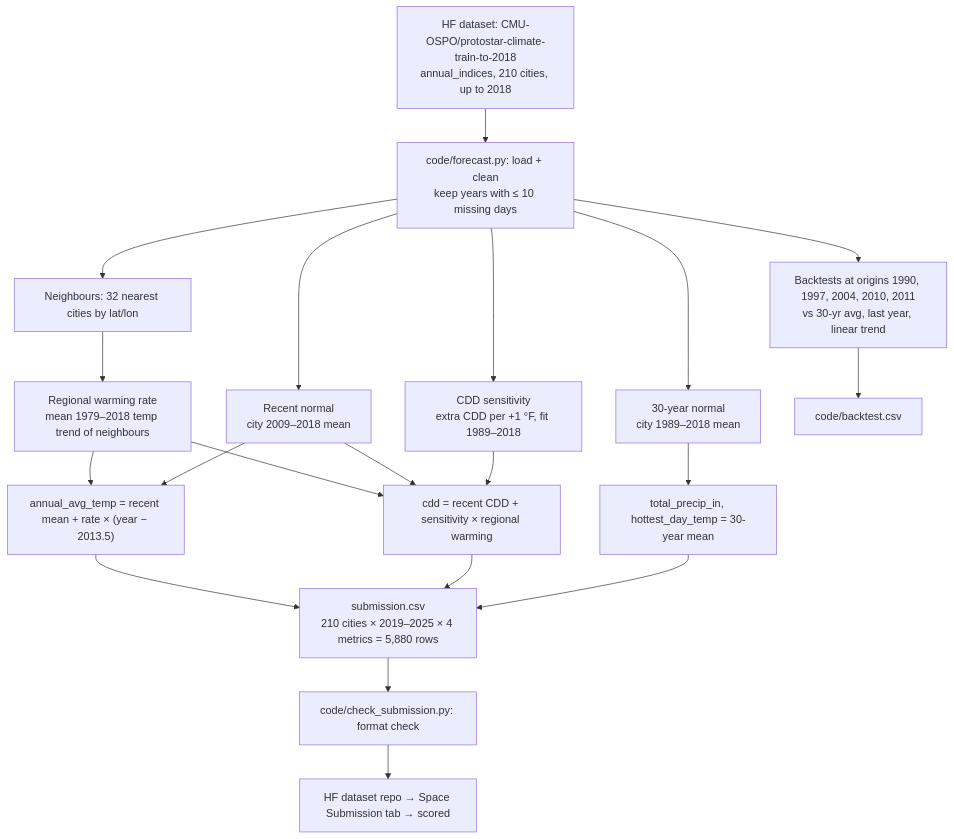
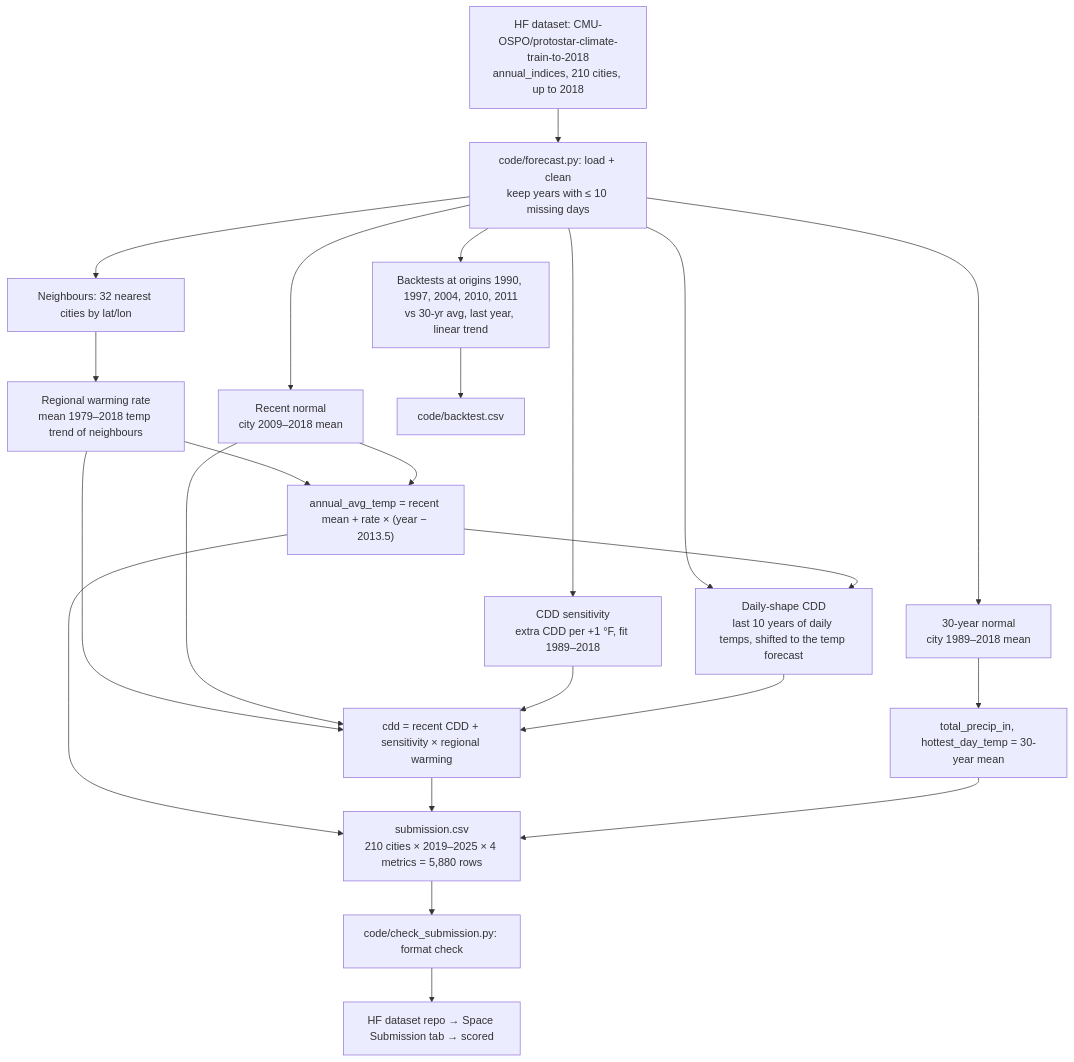
Before and after one commit to ironMan-blip/protostar-climate-team-tatakae: the diagram in README.md, drawn with Mermaid. The commit also changed other lines of this file and 4 other files, not shown here.

Commit message:
feat: add daily-shape CDD forecast method and update backtest results

````diff
--- a/README.md
+++ b/README.md
@@ -35,22 +35,25 @@
 ```mermaid
 flowchart TD
     A["HF dataset: CMU-OSPO/protostar-climate-train-to-2018<br/>annual_indices, 210 cities, up to 2018"] --> B["code/forecast.py: load + clean<br/>keep years with ≤ 10 missing days"]
     B --> C["Neighbours: 32 nearest cities by lat/lon"]
     C --> D["Regional warming rate<br/>mean 1979–2018 temp trend of neighbours"]
     B --> E["Recent normal<br/>city 2009–2018 mean"]
     B --> F["30-year normal<br/>city 1989–2018 mean"]
     B --> G["CDD sensitivity<br/>extra CDD per +1 °F, fit 1989–2018"]
     D --> T["annual_avg_temp = recent mean + rate × (year − 2013.5)"]
     E --> T
     D --> K["cdd = recent CDD + sensitivity × regional warming"]
     E --> K
     G --> K
     F --> P["total_precip_in, hottest_day_temp = 30-year mean"]
     T --> S["submission.csv<br/>210 cities × 2019–2025 × 4 metrics = 5,880 rows"]
     K --> S
     P --> S
+    B --> DS["Daily-shape CDD<br/>last 10 years of daily temps, shifted to the temp forecast"]
+    T --> DS
+    DS --> K
     B --> BT["Backtests at origins 1990, 1997, 2004, 2010, 2011<br/>vs 30-yr avg, last year, linear trend"]
     BT --> BC["code/backtest.csv"]
     S --> CH["code/check_submission.py: format check"]
     CH --> HF["HF dataset repo → Space Submission tab → scored"]
 ```
````
